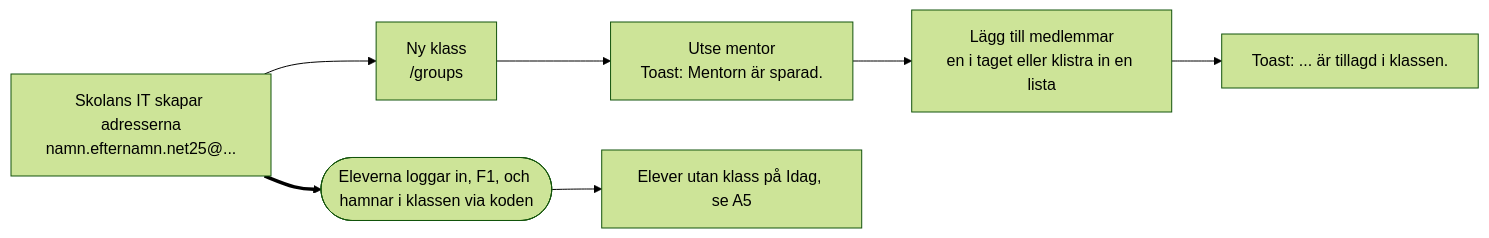
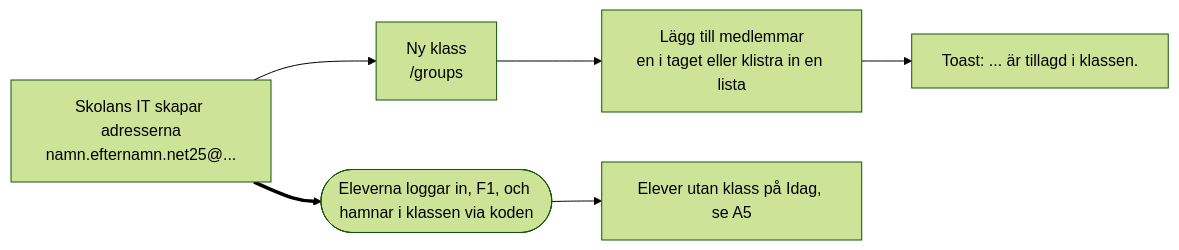
The ninth of 13 diagrams in docs/roller-och-floden.md (discovicke/Larka), drawn with Mermaid (forest theme) before and after one commit. The commit also changed other lines of this file and 78 other files, not shown here.

````diff
--- a/docs/roller-och-floden.md
+++ b/docs/roller-och-floden.md
@@ -234,9 +222,8 @@
 ```mermaid
 flowchart LR
     A["Skolans IT skapar adresserna<br/>namn.efternamn.net25@..."] --> B["Ny klass<br/>/groups"]
-    B --> C["Utse mentor<br/>Toast: Mentorn är sparad."]
-    C --> D["Lägg till medlemmar<br/>en i taget eller klistra in en lista"]
+    B --> D["Lägg till medlemmar<br/>en i taget eller klistra in en lista"]
     D --> E["Toast: ... är tillagd i klassen."]
     A ==> F(["Eleverna loggar in, F1, och hamnar i klassen via koden"])
     F --> G["Elever utan klass på Idag, se A5"]
 ```
````
